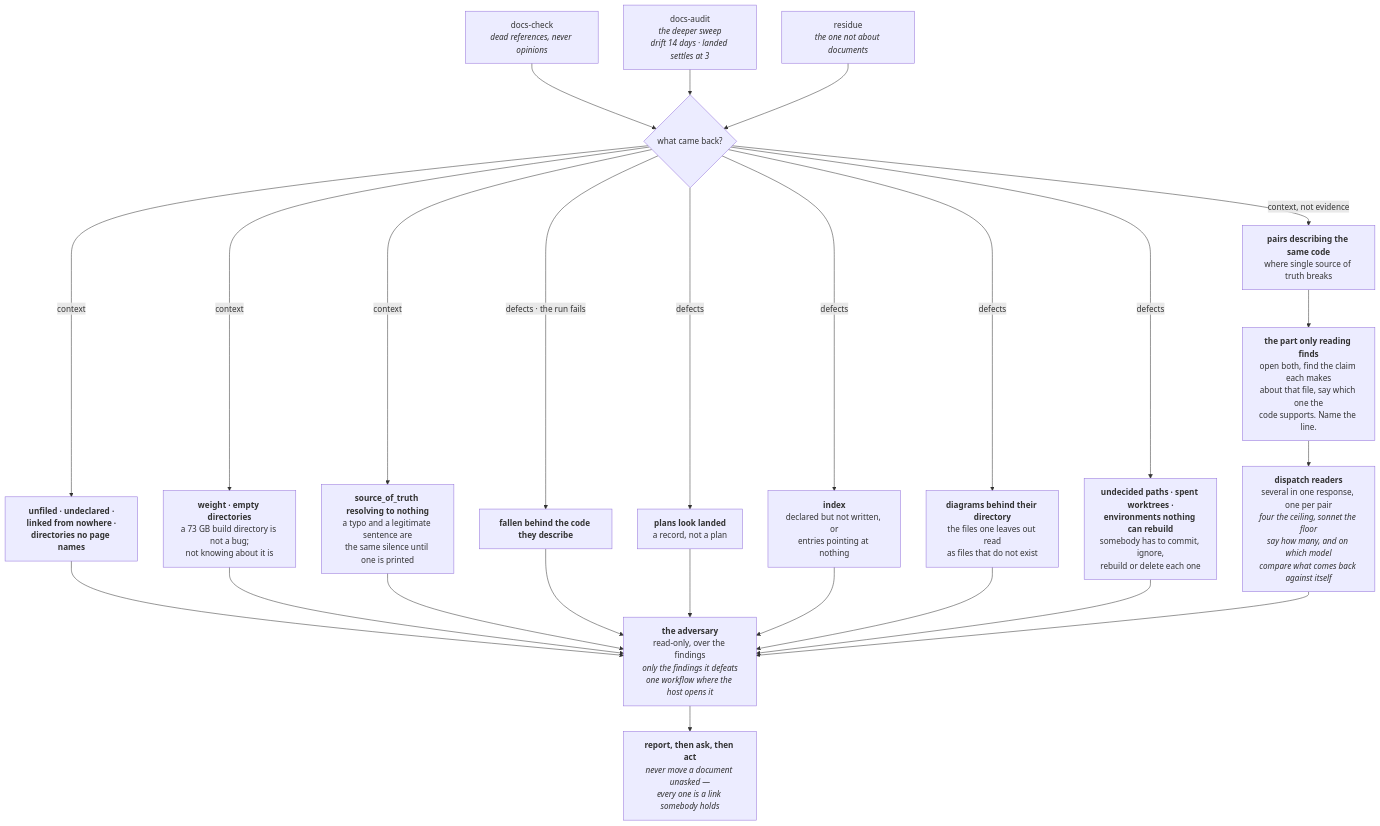
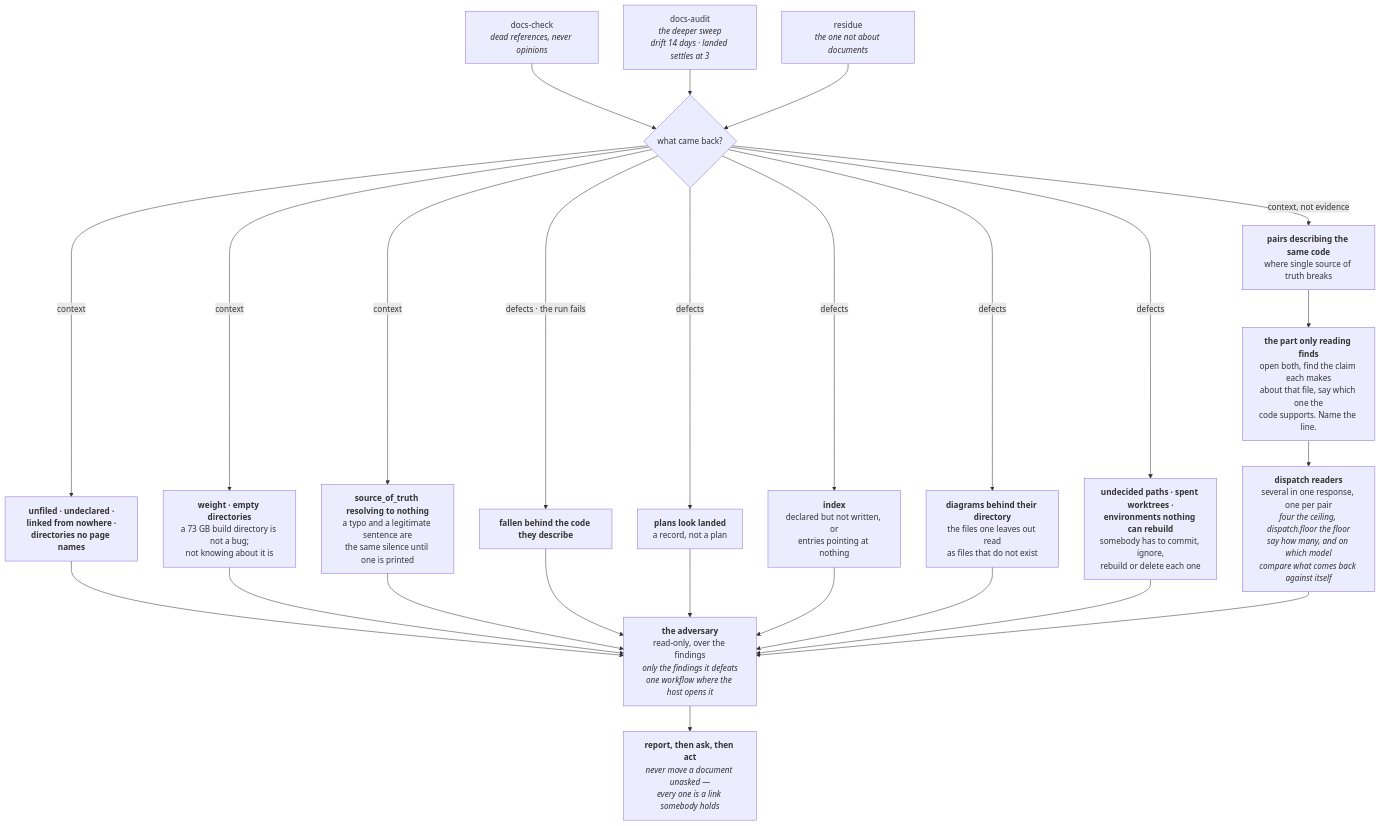
Before and after one commit to FanFantom9452/FanKeel: the seventh of 8 diagrams in docs/pipeline.md, drawn with Mermaid. The commit also changed other lines of this file and 8 other files, not shown here.

````diff
--- a/docs/pipeline.md
+++ b/docs/pipeline.md
@@ -689,45 +689,45 @@
 ```mermaid
 flowchart TD
     A["docs-check<br/><i>dead references, never opinions</i>"]
     B["docs-audit<br/><i>the deeper sweep<br/>drift 14 days · landed settles at 3</i>"]
     A2["residue<br/><i>the one not about documents</i>"]
     C{"what came back?"}
     D1["<b>fallen behind the code they describe</b>"]
     D2["<b>plans look landed</b><br/>a record, not a plan"]
     D3["<b>index</b><br/>declared but not written, or<br/>entries pointing at nothing"]
     D4["<b>diagrams behind their directory</b><br/>the files one leaves out read<br/>as files that do not exist"]
     D5["<b>undecided paths · spent worktrees ·<br/>environments nothing can rebuild</b><br/>somebody has to commit, ignore,<br/>rebuild or delete each one"]
     E1["<b>pairs describing the same code</b><br/>where single source of truth breaks"]
     E2["<b>unfiled · undeclared ·<br/>linked from nowhere ·<br/>directories no page names</b>"]
     E3["<b>weight · empty directories</b><br/>a 73 GB build directory is not a bug;<br/>not knowing about it is"]
     E4["<b>source_of_truth resolving to nothing</b><br/>a typo and a legitimate sentence are<br/>the same silence until one is printed"]
     F["<b>the part only reading finds</b><br/>open both, find the claim each makes<br/>about that file, say which one the<br/>code supports. Name the line."]
-    F1["<b>dispatch readers</b><br/>several in one response, one per pair<br/><i>four the ceiling, sonnet the floor</i><br/><i>say how many, and on which model</i><br/><i>compare what comes back against itself</i>"]
+    F1["<b>dispatch readers</b><br/>several in one response, one per pair<br/><i>four the ceiling, dispatch.floor the floor</i><br/><i>say how many, and on which model</i><br/><i>compare what comes back against itself</i>"]
     F2["<b>the adversary</b><br/>read-only, over the findings<br/><i>only the findings it defeats</i><br/><i>one workflow where the host opens it</i>"]
     G["<b>report, then ask, then act</b><br/><i>never move a document unasked —<br/>every one is a link somebody holds</i>"]
 
     A --> C
     B --> C
     A2 --> C
     C -- "defects · the run fails" --> D1
     C -- "defects" --> D2
     C -- "defects" --> D3
     C -- "defects" --> D4
     C -- "defects" --> D5
     C -- "context, not evidence" --> E1
     C -- "context" --> E2
     C -- "context" --> E3
     C -- "context" --> E4
     E1 --> F
     E2 --> F2
     E3 --> F2
     E4 --> F2
     D1 --> F2
     D2 --> F2
     D3 --> F2
     D4 --> F2
     D5 --> F2
     F --> F1
     F1 --> F2
     F2 --> G
 ```
````
